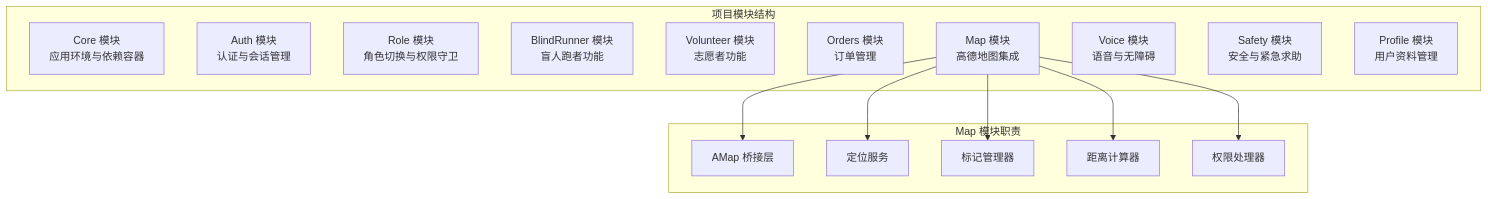
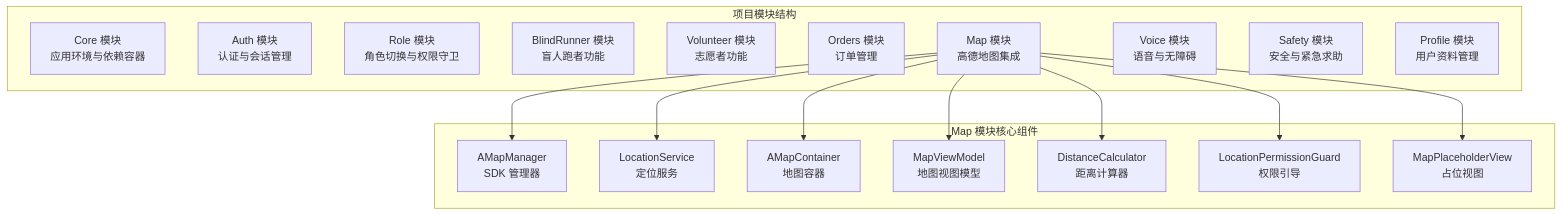
Before and after one commit to Jayden23018/blind-run-ios: the first of 7 diagrams in .qoder/repowiki/zh/content/架构设计/模块化架构设计/Map 地图模块.md, drawn with Mermaid. The commit also changed other lines of this file and 55 other files, not shown here.

````diff
--- a/.qoder/repowiki/zh/content/架构设计/模块化架构设计/Map 地图模块.md
+++ b/.qoder/repowiki/zh/content/架构设计/模块化架构设计/Map 地图模块.md
@@ -42,27 +65,31 @@
 ```mermaid
 graph TB
 subgraph "项目模块结构"
 Core[Core 模块<br/>应用环境与依赖容器]
 Auth[Auth 模块<br/>认证与会话管理]
 Role[Role 模块<br/>角色切换与权限守卫]
 BlindRunner[BlindRunner 模块<br/>盲人跑者功能]
 Volunteer[Volunteer 模块<br/>志愿者功能]
 Orders[Orders 模块<br/>订单管理]
 Map[Map 模块<br/>高德地图集成]
 Voice[Voice 模块<br/>语音与无障碍]
 Safety[Safety 模块<br/>安全与紧急求助]
 Profile[Profile 模块<br/>用户资料管理]
 end
-subgraph "Map 模块职责"
-AMapBridge[AMap 桥接层]
-LocationService[定位服务]
-MarkerManager[标记管理器]
-DistanceCalculator[距离计算器]
-PermissionHandler[权限处理器]
+subgraph "Map 模块核心组件"
+AMapManager[AMapManager<br/>SDK 管理器]
+LocationService[LocationService<br/>定位服务]
+AMapContainer[AMapContainer<br/>地图容器]
+MapViewModel[MapViewModel<br/>地图视图模型]
+DistanceCalculator[DistanceCalculator<br/>距离计算器]
+LocationPermissionGuard[LocationPermissionGuard<br/>权限引导]
+MapPlaceholderView[MapPlaceholderView<br/>占位视图]
 end
-Map --> AMapBridge
+Map --> AMapManager
 Map --> LocationService
-Map --> MarkerManager
+Map --> AMapContainer
+Map --> MapViewModel
 Map --> DistanceCalculator
-Map --> PermissionHandler
+Map --> LocationPermissionGuard
+Map --> MapPlaceholderView
 ```
````
